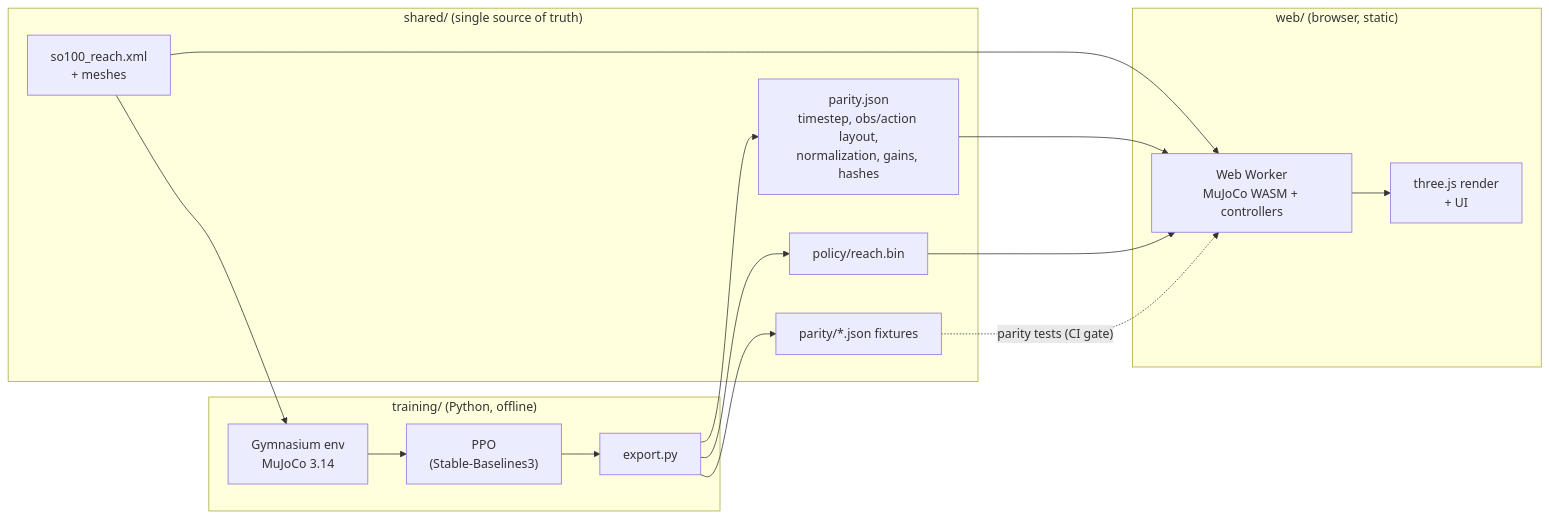
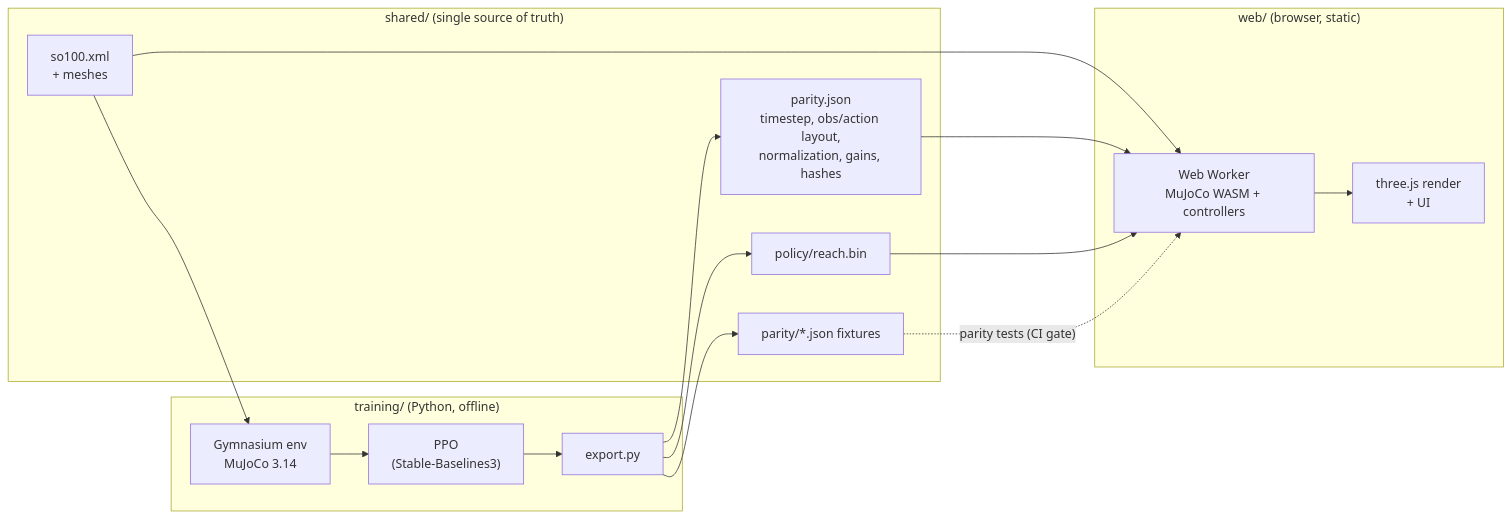
One commit to Rotvie/sim2browser changed the diagram in README.md. Above: the diagram before and after it, drawn with Mermaid. The commit also changed other lines of this file and 2 other files, not shown here.

First line of the commit message:
docs(002-grasp): validation log, README and roadmap

````diff
--- a/README.md
+++ b/README.md
@@ -56,21 +70,21 @@
 ```mermaid
 flowchart LR
   subgraph training["training/ (Python, offline)"]
     env["Gymnasium env<br/>MuJoCo 3.14"] --> ppo["PPO<br/>(Stable-Baselines3)"]
     ppo --> export["export.py"]
   end
   subgraph shared["shared/ (single source of truth)"]
-    xml["so100_reach.xml<br/>+ meshes"]
+    xml["so100.xml<br/>+ meshes"]
     parity["parity.json<br/>timestep, obs/action layout,<br/>normalization, gains, hashes"]
     policy["policy/reach.bin"]
     fixtures["parity/*.json fixtures"]
   end
   subgraph web["web/ (browser, static)"]
     worker["Web Worker<br/>MuJoCo WASM + controllers"] --> main["three.js render<br/>+ UI"]
   end
   export --> parity & policy & fixtures
   xml --> env & worker
   parity --> worker
   policy --> worker
   fixtures -. "parity tests (CI gate)" .-> worker
 ```
````
